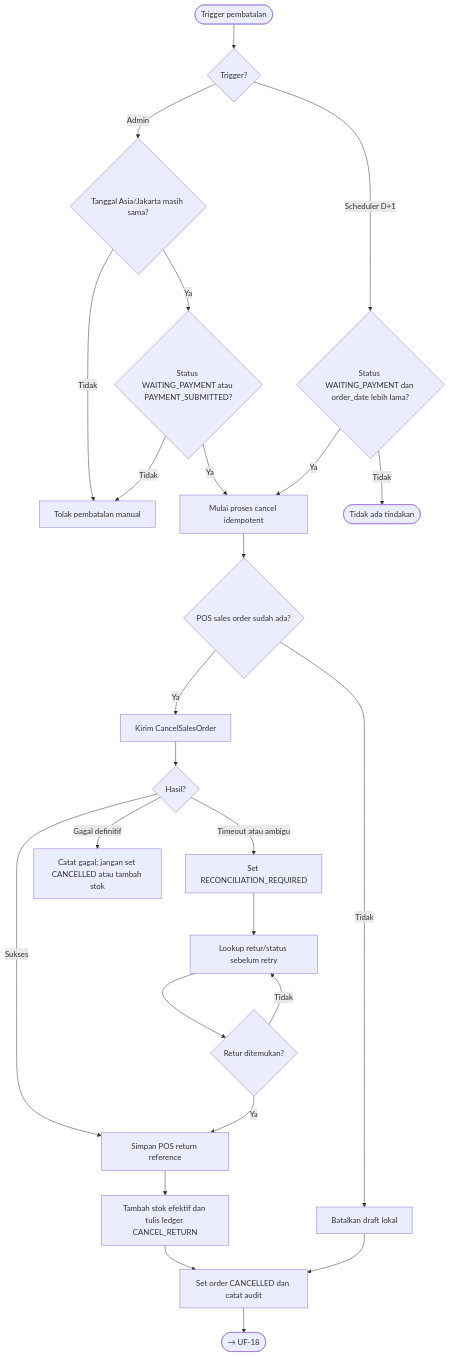
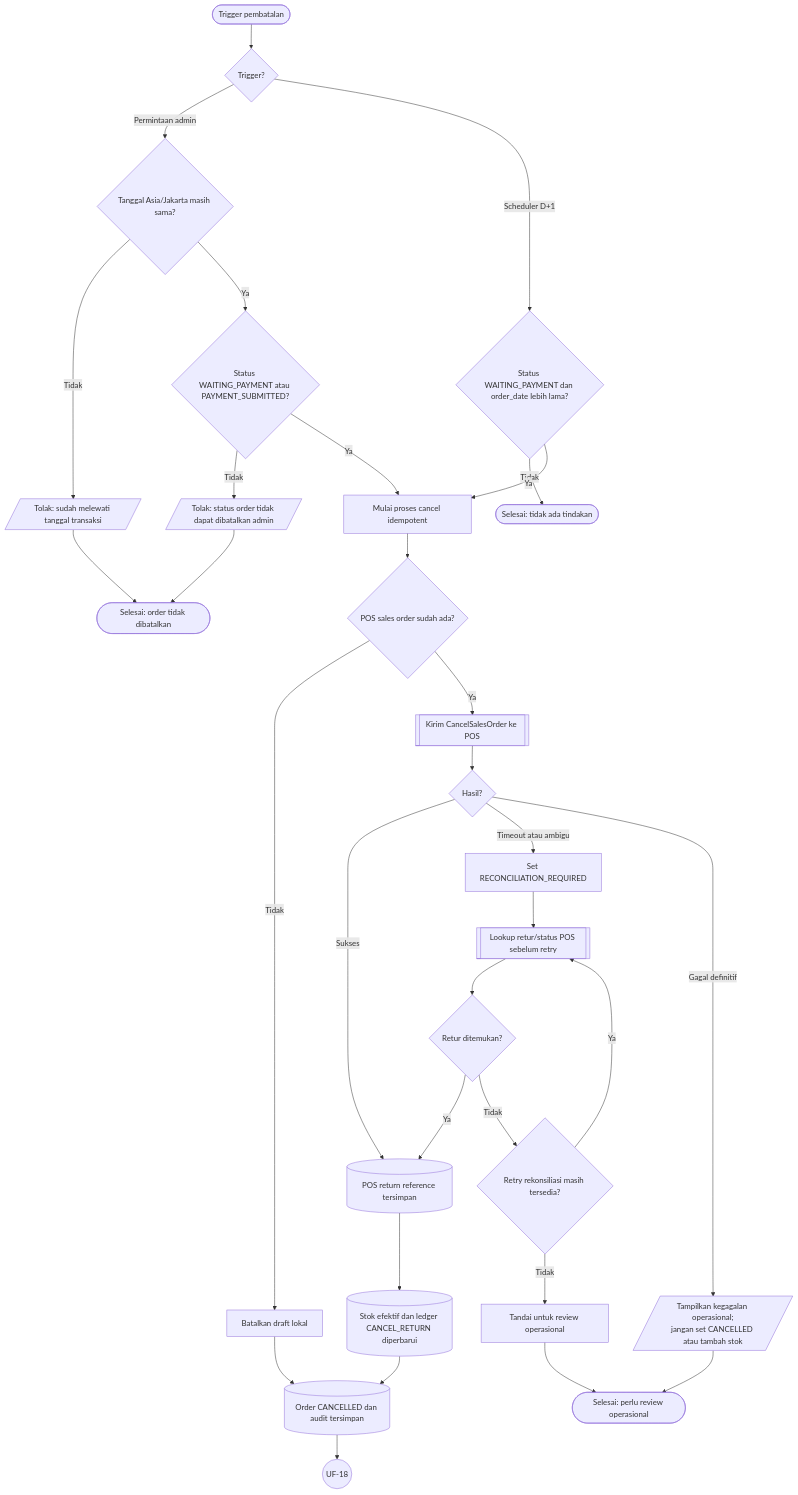
Before and after one commit to Webekspres/pixel-komunika: diagram 13 of 18 in docs/design/USER_FLOWS.md, drawn with Mermaid. The commit also changed other lines of this file, not shown here.

Commit message:
docs: standardize user flow notation

````diff
--- a/docs/design/USER_FLOWS.md
+++ b/docs/design/USER_FLOWS.md
@@ -391,29 +418,35 @@
 ```mermaid
 flowchart TD
-    A([Trigger pembatalan]) --> B{"Trigger?"}
-    B -->|Admin| C{"Tanggal Asia/Jakarta masih sama?"}
-    C -->|Tidak| D["Tolak pembatalan manual"]
+    A(["Trigger pembatalan"]) --> B{"Trigger?"}
+    B -->|Permintaan admin| C{"Tanggal Asia/Jakarta masih sama?"}
+    C -->|Tidak| D1[/"Tolak: sudah melewati tanggal transaksi"/]
+    D1 --> T(["Selesai: order tidak dibatalkan"])
     C -->|Ya| E{"Status WAITING_PAYMENT atau PAYMENT_SUBMITTED?"}
-    E -->|Tidak| D
+    E -->|Tidak| D2[/"Tolak: status order tidak dapat dibatalkan admin"/]
+    D2 --> T
     E -->|Ya| F["Mulai proses cancel idempotent"]
     B -->|Scheduler D+1| G{"Status WAITING_PAYMENT dan order_date lebih lama?"}
-    G -->|Tidak| H([Tidak ada tindakan])
+    G -->|Tidak| H(["Selesai: tidak ada tindakan"])
     G -->|Ya| F
     F --> I{"POS sales order sudah ada?"}
     I -->|Tidak| J["Batalkan draft lokal"]
-    I -->|Ya| K["Kirim CancelSalesOrder"]
+    I -->|Ya| K[["Kirim CancelSalesOrder ke POS"]]
     K --> L{"Hasil?"}
-    L -->|Sukses| M["Simpan POS return reference"]
-    M --> N["Tambah stok efektif dan tulis ledger CANCEL_RETURN"]
-    N --> O["Set order CANCELLED dan catat audit"]
+    L -->|Sukses| M[("POS return reference tersimpan")]
+    M --> N[("Stok efektif dan ledger CANCEL_RETURN diperbarui")]
+    N --> O[("Order CANCELLED dan audit tersimpan")]
     J --> O
     L -->|Timeout atau ambigu| P["Set RECONCILIATION_REQUIRED"]
-    P --> Q["Lookup retur/status sebelum retry"]
+    P --> Q[["Lookup retur/status POS sebelum retry"]]
     Q --> R{"Retur ditemukan?"}
     R -->|Ya| M
-    R -->|Tidak| Q
-    L -->|Gagal definitif| S["Catat gagal; jangan set CANCELLED atau tambah stok"]
-    O --> C_UF18(["→ UF-18"])
+    R -->|Tidak| R1{"Retry rekonsiliasi masih tersedia?"}
+    R1 -->|Ya| Q
+    R1 -->|Tidak| R2["Tandai untuk review operasional"]
+    R2 --> T2(["Selesai: perlu review operasional"])
+    L -->|Gagal definitif| S[/"Tampilkan kegagalan operasional;<br/>jangan set CANCELLED atau tambah stok"/]
+    S --> T2
+    O --> C_UF18((UF-18))
 
     click C_UF18 "#uf-18-laporan-dan-audit"
 ```
````
